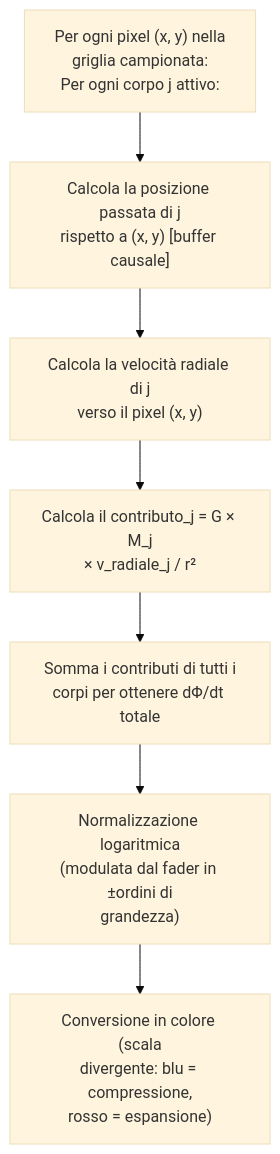
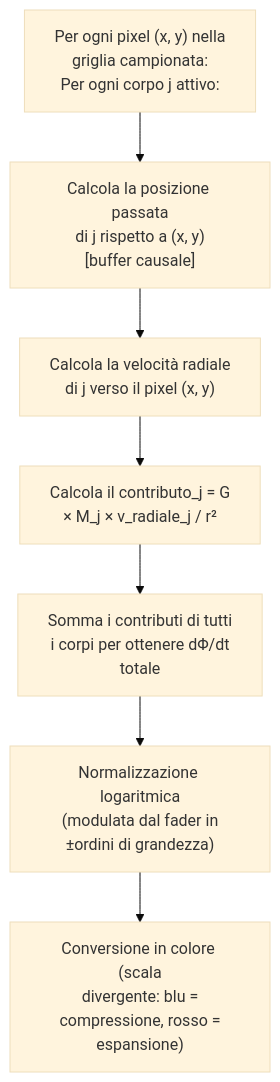
Before and after one commit to alessandro-pioli/AstroCausal_Engine: the sixth of 11 diagrams in ARCHITECTURE_DEEP_DIVE.it.md, drawn with Mermaid (base theme). The commit also changed other lines of this file and 2 other files, not shown here.

Commit message:
docs: leggibilita dei diagrammi e igiene del gitignore

````diff
--- a/ARCHITECTURE_DEEP_DIVE.it.md
+++ b/ARCHITECTURE_DEEP_DIVE.it.md
@@ -489,9 +489,9 @@
 ```mermaid
 flowchart TD
-    A["Per ogni pixel (x, y) nella<br/>griglia campionata:<br/>Per ogni corpo j attivo:"] --> B["Calcola la posizione passata di j<br/>rispetto a (x, y) [buffer causale]"]
-    B --> C["Calcola la velocità radiale di j<br/>verso il pixel (x, y)"]
-    C --> D["Calcola il contributo_j = G × M_j<br/>× v_radiale_j / r²"]
-    D --> E["Somma i contributi di tutti i<br/>corpi per ottenere dΦ/dt totale"]
-    E --> F["Normalizzazione logaritmica<br/>(modulata dal fader in ±ordini di<br/>grandezza)"]
-    F --> G["Conversione in colore (scala<br/>divergente: blu = compressione,<br/>rosso = espansione)"]
+    A["Per ogni pixel (x, y) nella<br/>griglia campionata:<br/>Per ogni corpo j attivo:"] --> B["Calcola la posizione passata<br/>di j rispetto a (x, y)<br/>[buffer causale]"]
+    B --> C["Calcola la velocità radiale<br/>di j verso il pixel (x, y)"]
+    C --> D["Calcola il contributo_j = G<br/>× M_j × v_radiale_j / r²"]
+    D --> E["Somma i contributi di tutti<br/>i corpi per ottenere dΦ/dt<br/>totale"]
+    E --> F["Normalizzazione logaritmica<br/>(modulata dal fader in<br/>±ordini di grandezza)"]
+    F --> G["Conversione in colore (scala<br/>divergente: blu =<br/>compressione, rosso =<br/>espansione)"]
 ```
````
